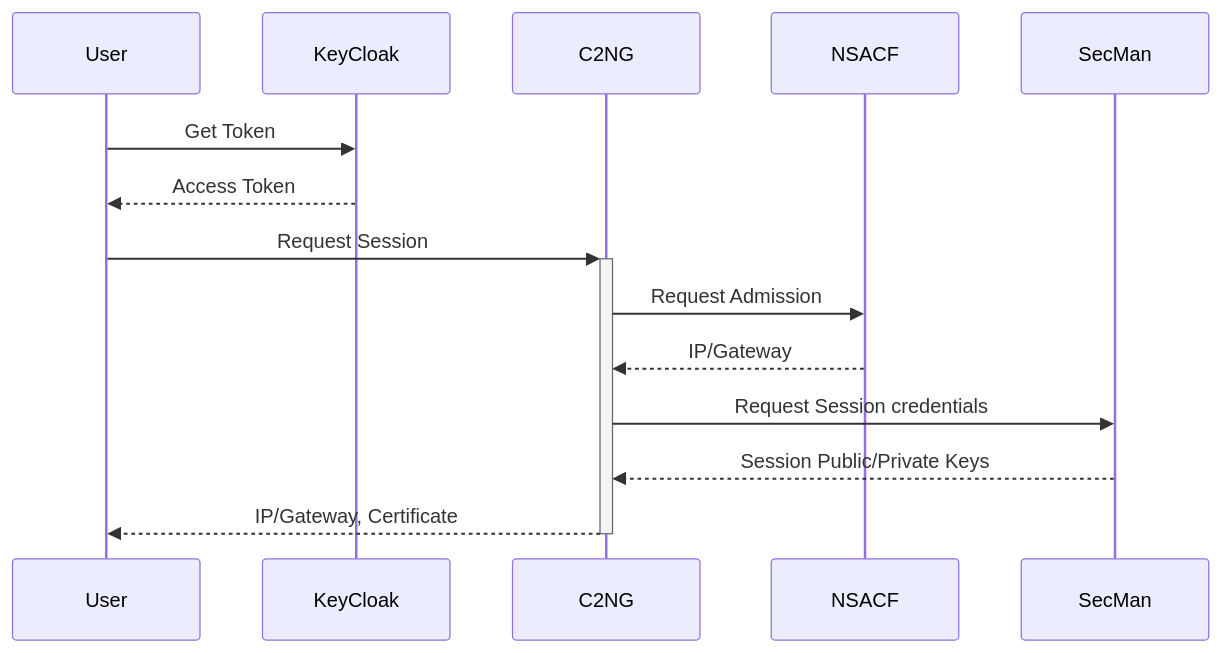
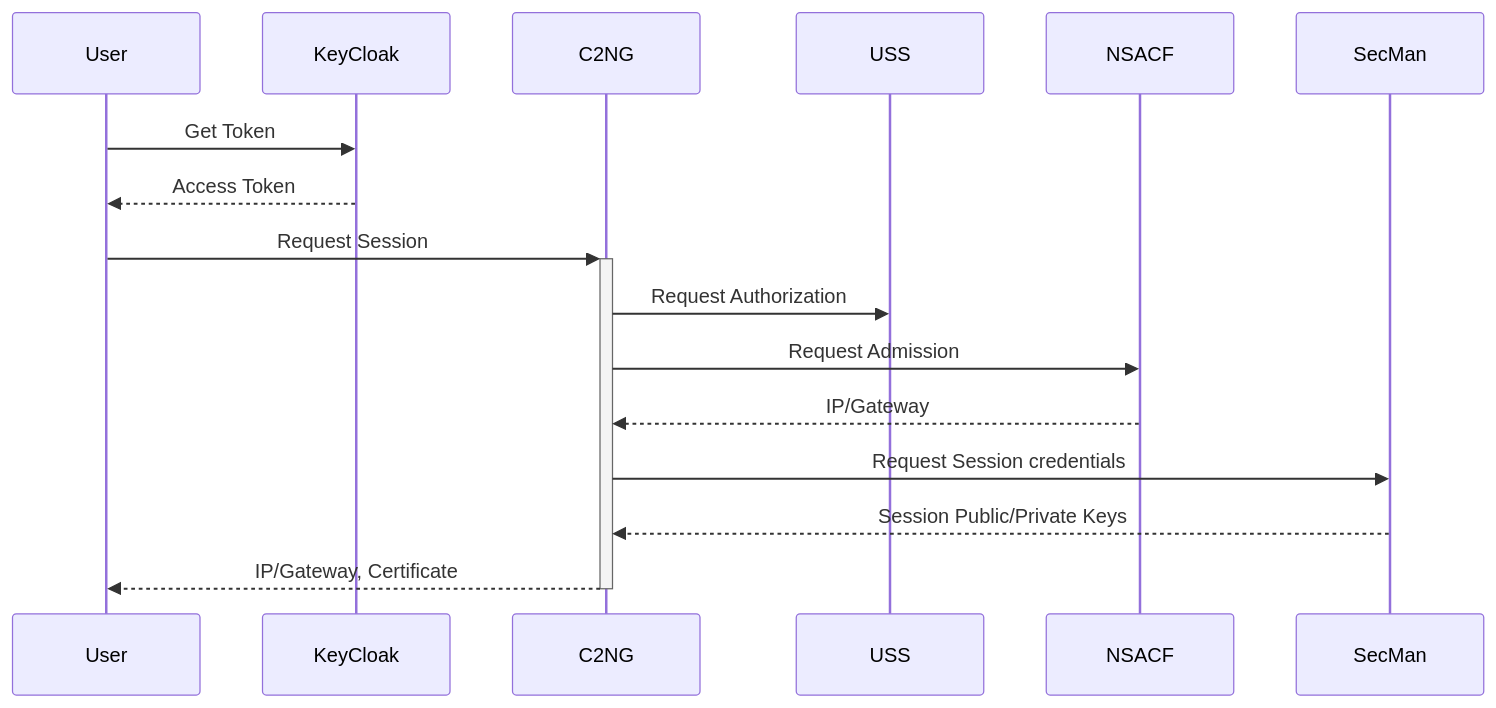
The fourth of 6 diagrams in docs/GENERAL.md (flyvercity/iot-ngin-c2ng), drawn with Mermaid before and after one commit. The commit also changed other lines of this file and 4 other files, not shown here.

````diff
--- a/docs/GENERAL.md
+++ b/docs/GENERAL.md
@@ -115,11 +126,12 @@
-```{.mermaid caption="Application Architecture"}
+```mermaid
 sequenceDiagram
     User ->> KeyCloak: Get Token
     KeyCloak -->> User: Access Token
     User ->> +C2NG: Request Session
+    C2NG ->> USS: Request Authorization
     C2NG ->> NSACF: Request Admission
     NSACF -->> C2NG: IP/Gateway
     C2NG ->> SecMan: Request Session credentials
     SecMan -->> C2NG: Session Public/Private Keys
     C2NG -->> -User: IP/Gateway, Certificate
 ```
````
